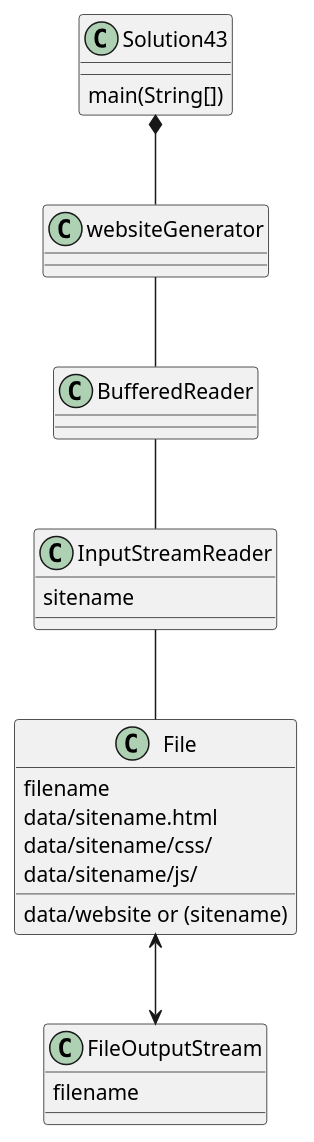
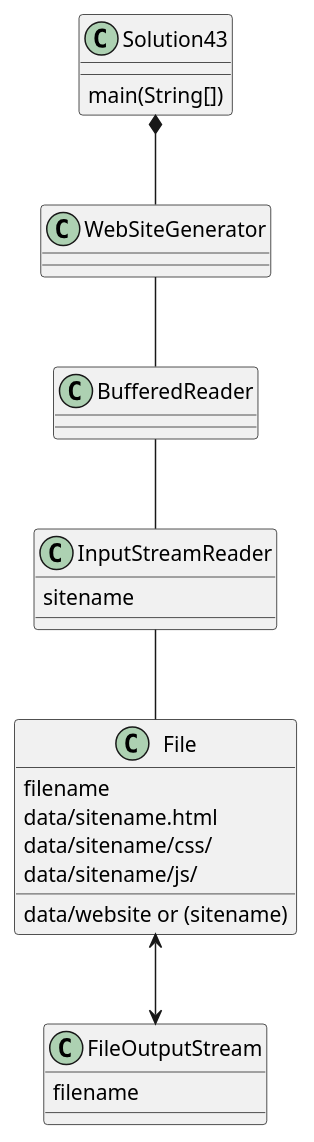
One commit to MohitBallikar/Ballikar-a04 changed the diagram in exercise43/docs/exercise43.puml. Above: the diagram before and after it, drawn with PlantUML. The commit also changed 3 other files, not shown here.

Commit message:
uml edit and restructre

```diff
--- a/exercise43/docs/exercise43.puml
+++ b/exercise43/docs/exercise43.puml
@@ -1,33 +1,32 @@
 @startuml
 class Solution43 {
     main(String[])
 }
-Solution43 *--websiteGenerator
+Solution43 *--WebSiteGenerator
 
-class websiteGenerator{
+class WebSiteGenerator{
 
 }
 
-websiteGenerator -- BufferedReader
+WebSiteGenerator -- BufferedReader
 
 InputStreamReader -- File
 File <--> FileOutputStream
 BufferedReader -- InputStreamReader
 
 class InputStreamReader{
 sitename
 }
 class File
 {
 data/website or (sitename)
     filename
     data/sitename.html
     data/sitename/css/
     data/sitename/js/
 }
 
 class FileOutputStream{
     filename
 }
-
 @enduml
```
